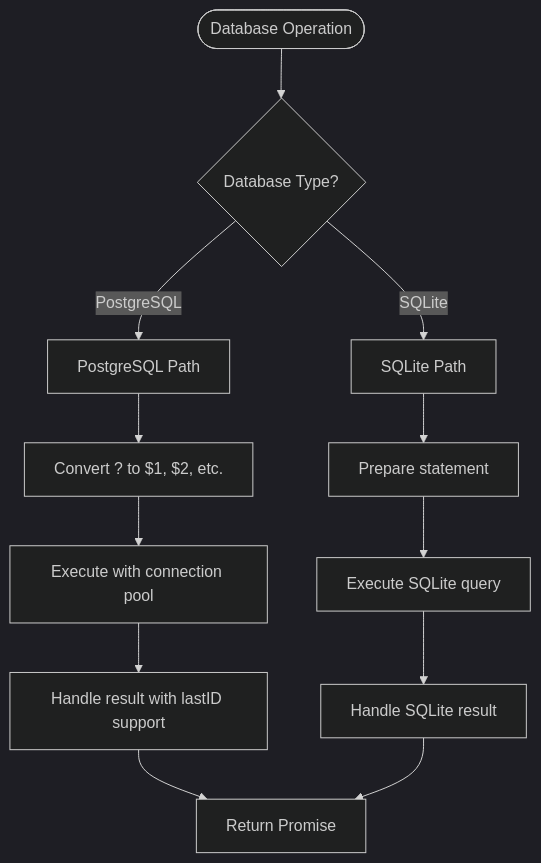
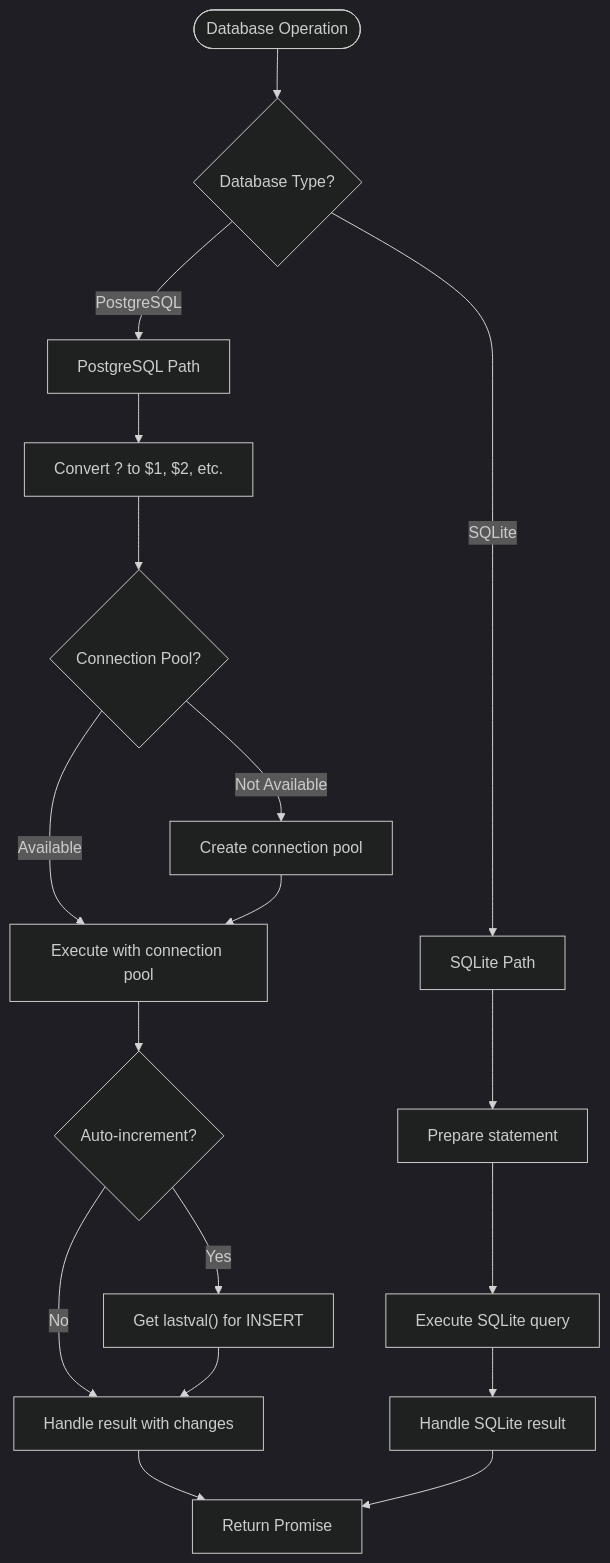
Before and after one commit to aravinthraj-ramalingam/Groww-App-Review-Insights-Analyzer-: the third of 9 diagrams in .qoder/repowiki/en/content/Phase 2_ Advanced Analytics & Automation/Theme Generation & Management.md, drawn with Mermaid (dark theme). The commit also changed other lines of this file and 4 other files, not shown here.

````diff
--- a/.qoder/repowiki/en/content/Phase 2_ Advanced Analytics & Automation/Theme Generation & Management.md
+++ b/.qoder/repowiki/en/content/Phase 2_ Advanced Analytics & Automation/Theme Generation & Management.md
@@ -211,14 +214,20 @@
 ```mermaid
 flowchart TD
 Start(["Database Operation"]) --> CheckDB{"Database Type?"}
 CheckDB --> |PostgreSQL| PGPath["PostgreSQL Path"]
 CheckDB --> |SQLite| SQLitePath["SQLite Path"]
 PGPath --> ConvertParams["Convert ? to $1, $2, etc."]
-ConvertParams --> ExecQuery["Execute with connection pool"]
-ExecQuery --> HandleResult["Handle result with lastID support"]
+ConvertParams --> PoolCheck{"Connection Pool?"}
+PoolCheck --> |Available| ExecQuery["Execute with connection pool"]
+PoolCheck --> |Not Available| CreatePool["Create connection pool"]
+CreatePool --> ExecQuery
+ExecQuery --> SequenceCheck{"Auto-increment?"}
+SequenceCheck --> |Yes| GetLastVal["Get lastval() for INSERT"]
+SequenceCheck --> |No| HandleResult["Handle result with changes"]
+GetLastVal --> HandleResult
 SQLitePath --> PrepareStmt["Prepare statement"]
 PrepareStmt --> ExecSQLite["Execute SQLite query"]
 ExecSQLite --> HandleSQLite["Handle SQLite result"]
 HandleResult --> Return["Return Promise"]
 HandleSQLite --> Return
 ```
````
